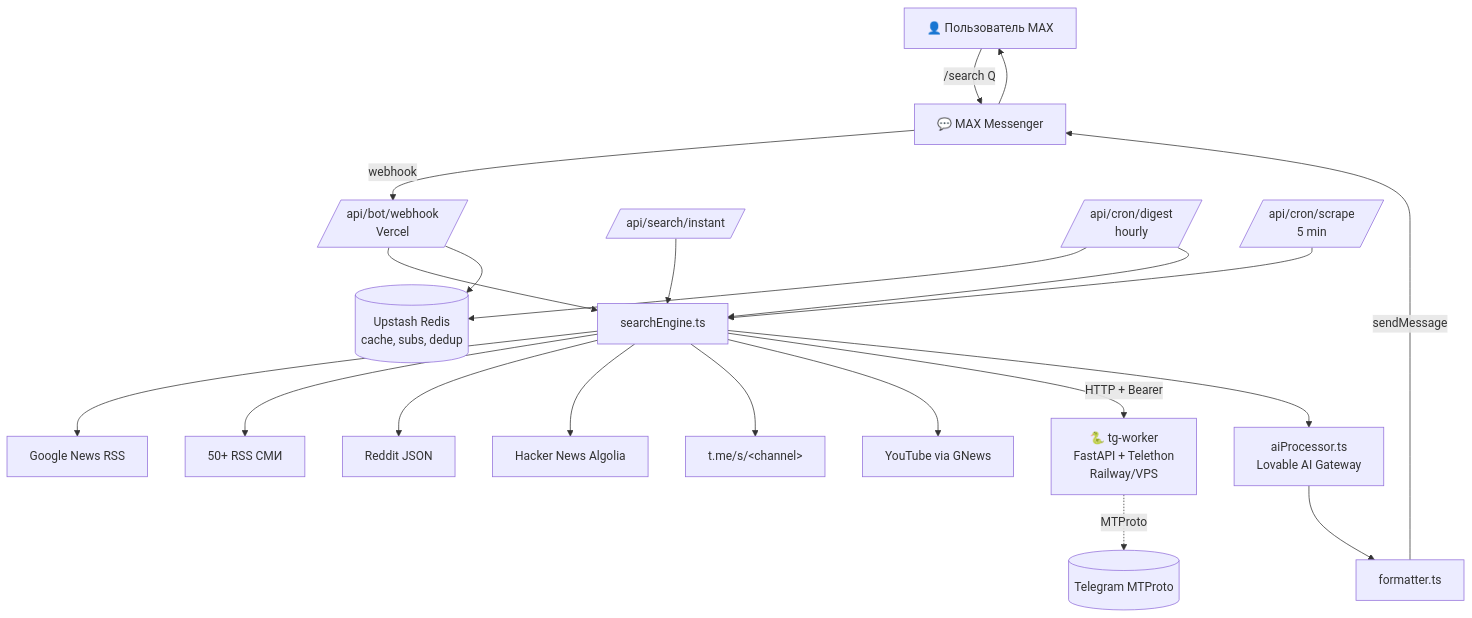
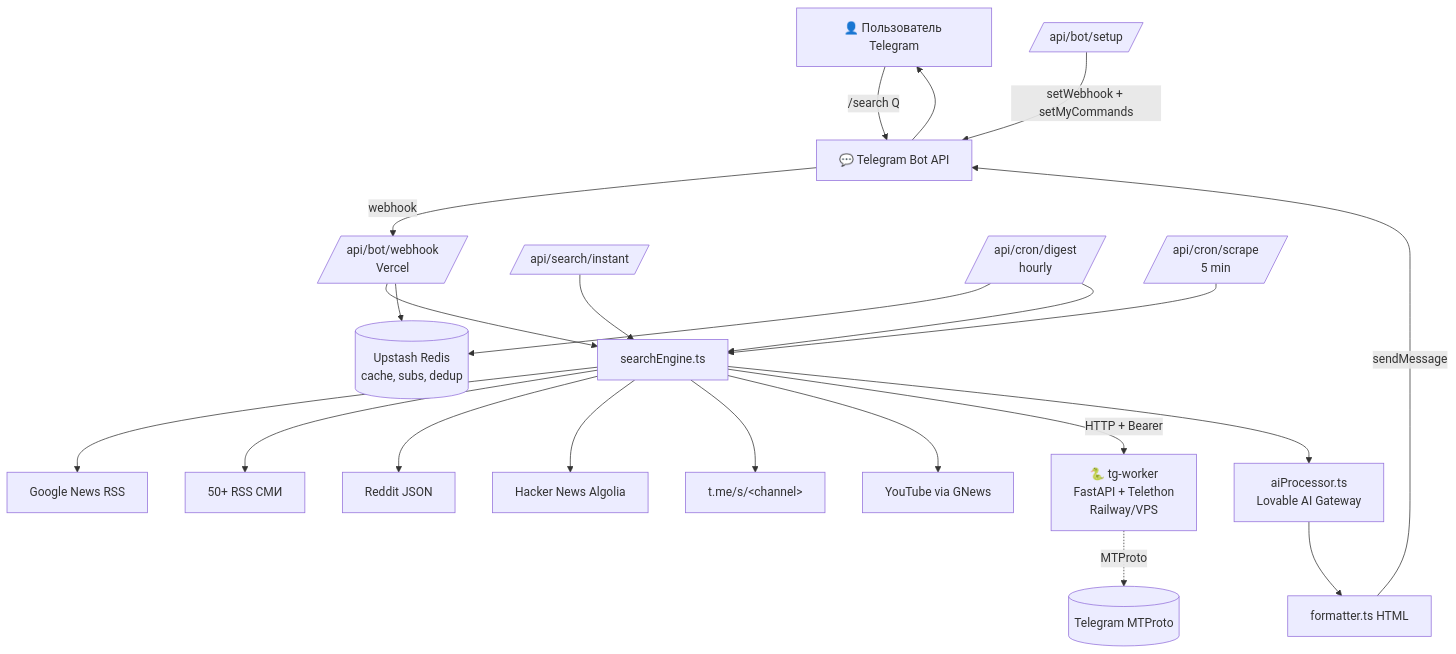
The diagram in ARCHITECTURE.md (Alexnikolaev1/parsermax_bot_), drawn with Mermaid before and after one commit. The commit also changed other lines of this file and 30 other files, not shown here.

````diff
--- a/ARCHITECTURE.md
+++ b/ARCHITECTURE.md
@@ -3,45 +3,47 @@
 ```mermaid
 flowchart TD
-    User[👤 Пользователь MAX]
-    MAX[💬 MAX Messenger]
+    User[👤 Пользователь Telegram]
+    TG[💬 Telegram Bot API]
     Webhook[/api/bot/webhook<br/>Vercel/]
+    Setup[/api/bot/setup/]
     Instant[/api/search/instant/]
     Digest[/api/cron/digest<br/>hourly/]
     Scrape[/api/cron/scrape<br/>5 min/]
 
     Engine[searchEngine.ts]
     AI[aiProcessor.ts<br/>Lovable AI Gateway]
-    Fmt[formatter.ts]
+    Fmt[formatter.ts HTML]
     Redis[(Upstash Redis<br/>cache, subs, dedup)]
 
     GN[Google News RSS]
     RSS[50+ RSS СМИ]
     Reddit[Reddit JSON]
     HN[Hacker News Algolia]
     TgWeb[t.me/s/&lt;channel&gt;]
     YT[YouTube via GNews]
     TgWorker[🐍 tg-worker<br/>FastAPI + Telethon<br/>Railway/VPS]
 
-    User -- /search Q --> MAX
-    MAX -- webhook --> Webhook
+    User -- /search Q --> TG
+    TG -- webhook --> Webhook
+    Setup -- setWebhook + setMyCommands --> TG
     Webhook --> Engine
     Webhook --> Redis
     Instant --> Engine
     Digest --> Redis
     Digest --> Engine
     Scrape --> Engine
 
     Engine --> GN
     Engine --> RSS
     Engine --> Reddit
     Engine --> HN
     Engine --> TgWeb
     Engine --> YT
     Engine -- HTTP + Bearer --> TgWorker
     TgWorker -. MTProto .-> Telegram[(Telegram MTProto)]
 
     Engine --> AI
     AI --> Fmt
-    Fmt -- sendMessage --> MAX
-    MAX --> User
+    Fmt -- sendMessage --> TG
+    TG --> User
 ```
````
